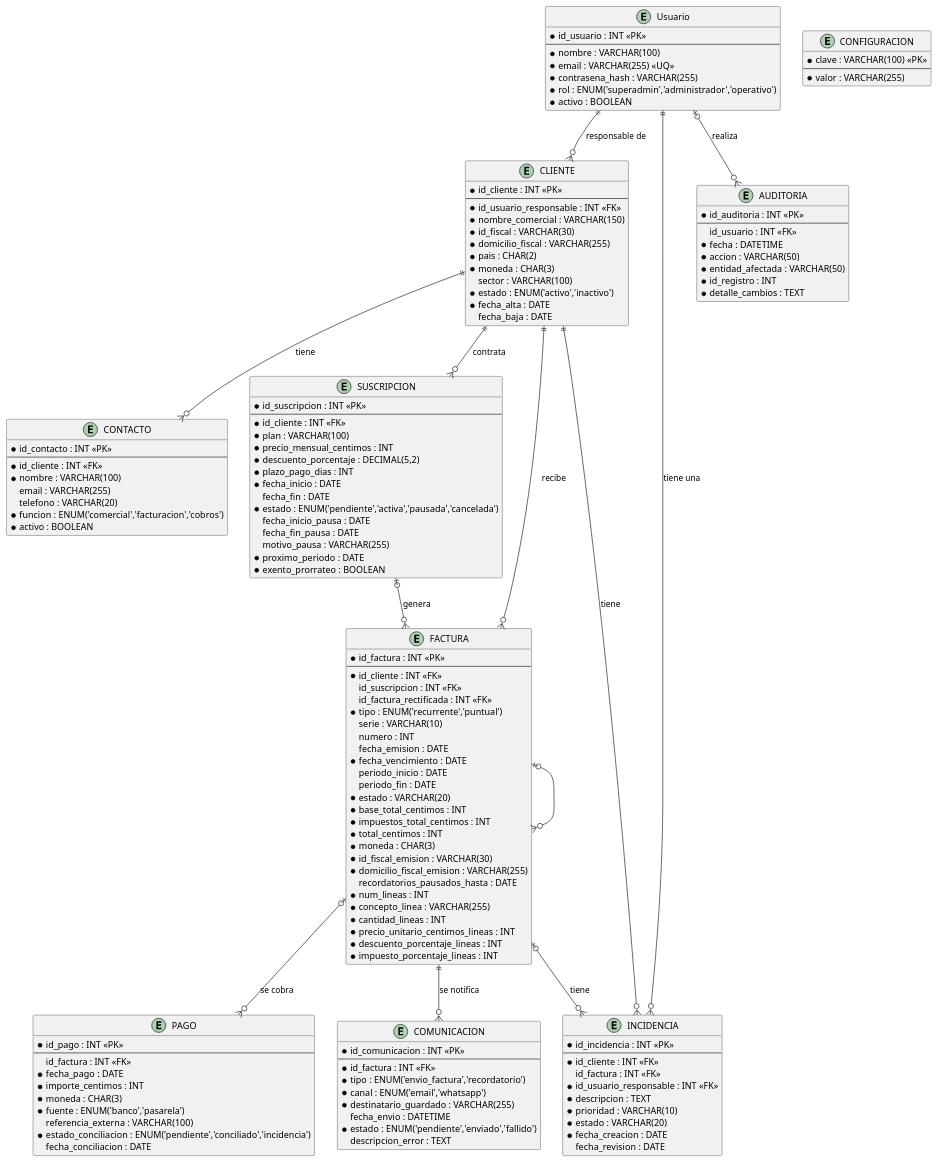
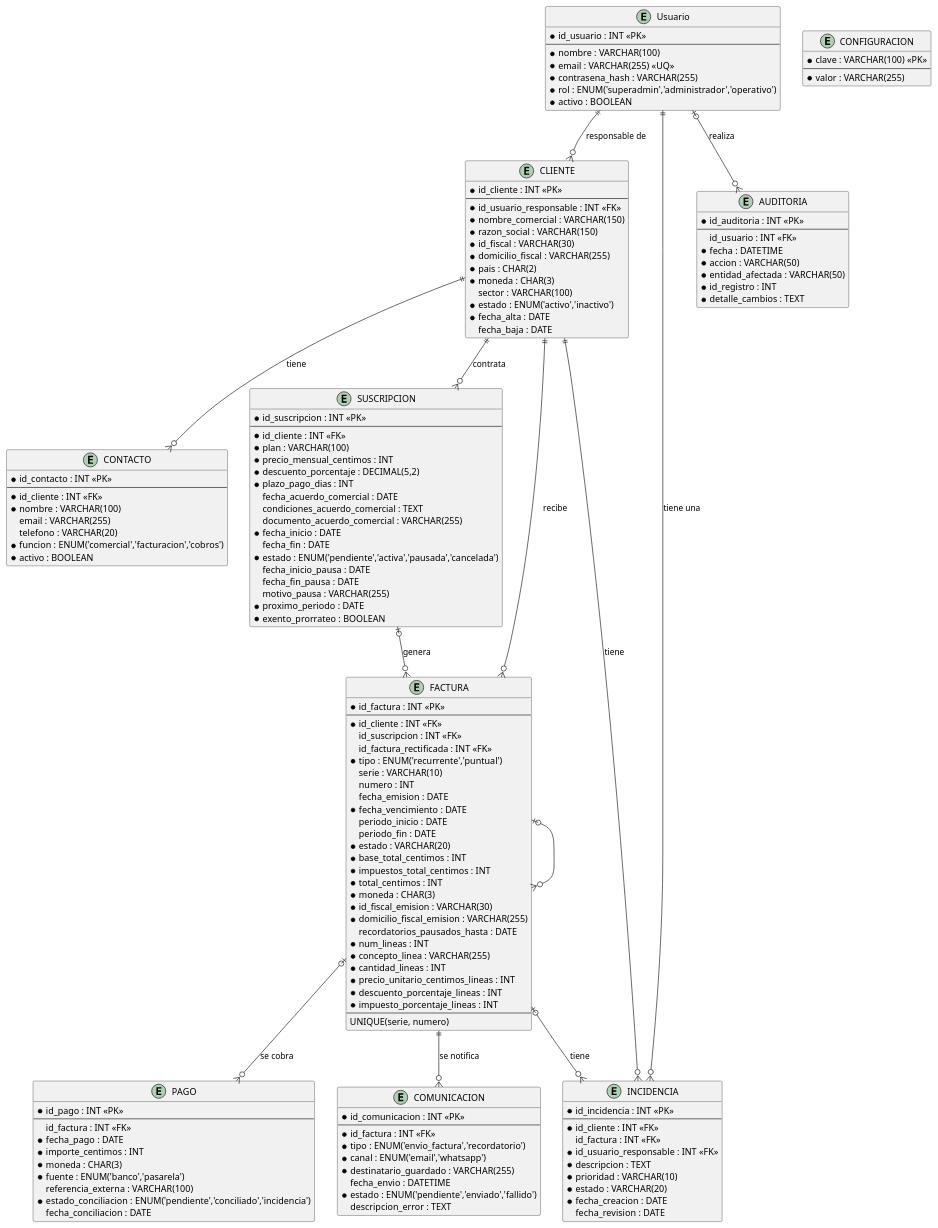
One commit to sandrardguezz/trabajo-ada changed the diagram in Diagramas/er/plantuml_er.md. Above: the diagram before and after it, drawn with PlantUML. The commit also changed other lines of this file, not shown here.

Commit message:
Update ER diagram with new fields for Cliente and Factura
Added new fields to the 'Cliente' and 'Factura' entities in the ER diagram.

```diff
--- a/Diagramas/er/plantuml_er.md
+++ b/Diagramas/er/plantuml_er.md
@@ -15,6 +16,7 @@
   --
   * id_usuario_responsable : INT <<FK>>
   * nombre_comercial : VARCHAR(150)
+  * razon_social : VARCHAR(150)
   * id_fiscal : VARCHAR(30)
   * domicilio_fiscal : VARCHAR(255)
   * pais : CHAR(2)
@@ -44,6 +46,9 @@
   * precio_mensual_centimos : INT
   * descuento_porcentaje : DECIMAL(5,2)
   * plazo_pago_dias : INT
+    fecha_acuerdo_comercial : DATE
+    condiciones_acuerdo_comercial : TEXT
+    documento_acuerdo_comercial : VARCHAR(255)
   * fecha_inicio : DATE
     fecha_fin : DATE
   * estado : ENUM('pendiente','activa','pausada','cancelada')
@@ -81,7 +86,10 @@
   * precio_unitario_centimos_lineas : INT
   * descuento_porcentaje_lineas : INT
   * impuesto_porcentaje_lineas : INT
+  --
+  UNIQUE(serie, numero)
 }
+
 entity "PAGO" as pago {
   * id_pago : INT <<PK>>
   --
```
